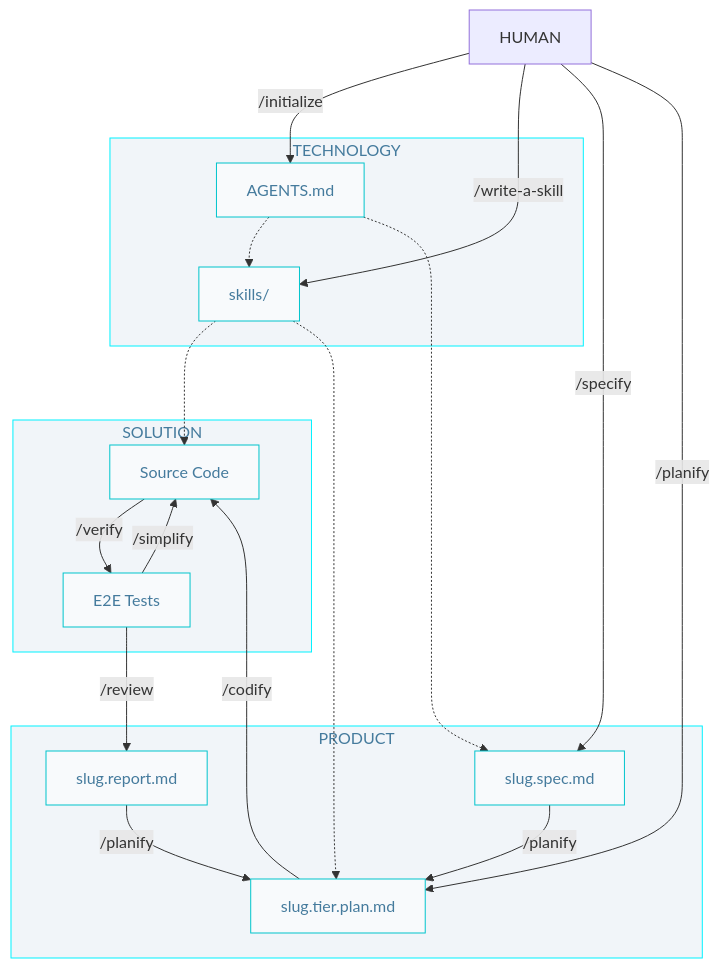
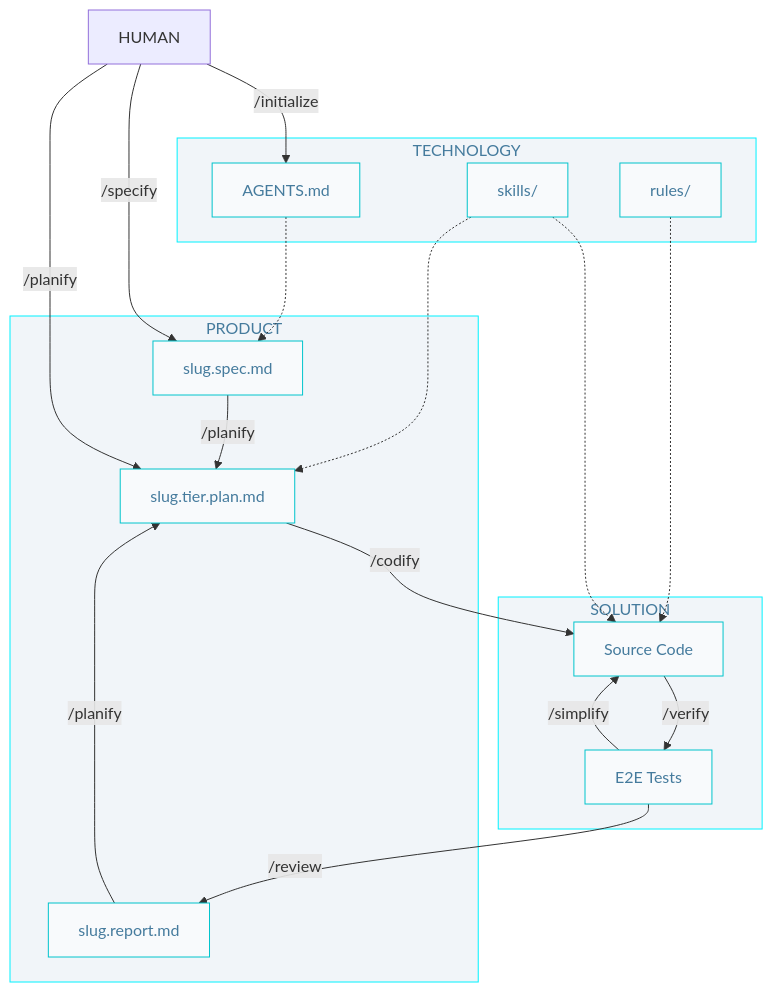
The diagram in docs/AIDD.workflow.md (AIDDbot/AIDDbot), drawn with Mermaid before and after one commit. The commit also changed other lines of this file and 7 other files, not shown here.

````diff
--- a/docs/AIDD.workflow.md
+++ b/docs/AIDD.workflow.md
@@ -3,40 +3,39 @@
 ```mermaid
 flowchart TD
   classDef nd fill:#f8fafc,stroke:#00c4cc,color:#457b9d
   classDef sg fill:#f1f5f9,stroke:#00f2ff,color:#457b9d 
 
   HUM[HUMAN]
 
   subgraph P["PRODUCT"]
       SPC["slug.spec.md"]:::nd
       PLN["slug.tier.plan.md"]:::nd
       RPT["slug.report.md"]:::nd
   end
 
   subgraph T["TECHNOLOGY"]
       AGT["AGENTS.md"]:::nd
       SKL["skills/"]:::nd
+      RUL["rules/"]:::nd
   end  
 
   subgraph S["SOLUTION"]
       COD[Source Code]:::nd
       E2E["E2E Tests"]:::nd
   end
 
   HUM -->|/initialize| AGT
-  HUM -->|/write-a-skill| SKL
   HUM -->|/specify| SPC
   HUM -->|/planify| PLN
   RPT -->|/planify| PLN
-  AGT -.-> SKL
   AGT -.-> SPC  
-  SKL -.-> COD  
+  SKL & RUL -.-> COD  
   SKL -.-> PLN
   SPC -->|/planify| PLN
   PLN -->|/codify| COD
   COD -->|/verify| E2E
   E2E -->|/simplify| COD
   E2E -->|/review| RPT
 
   class P,T,S sg
 ```
````
